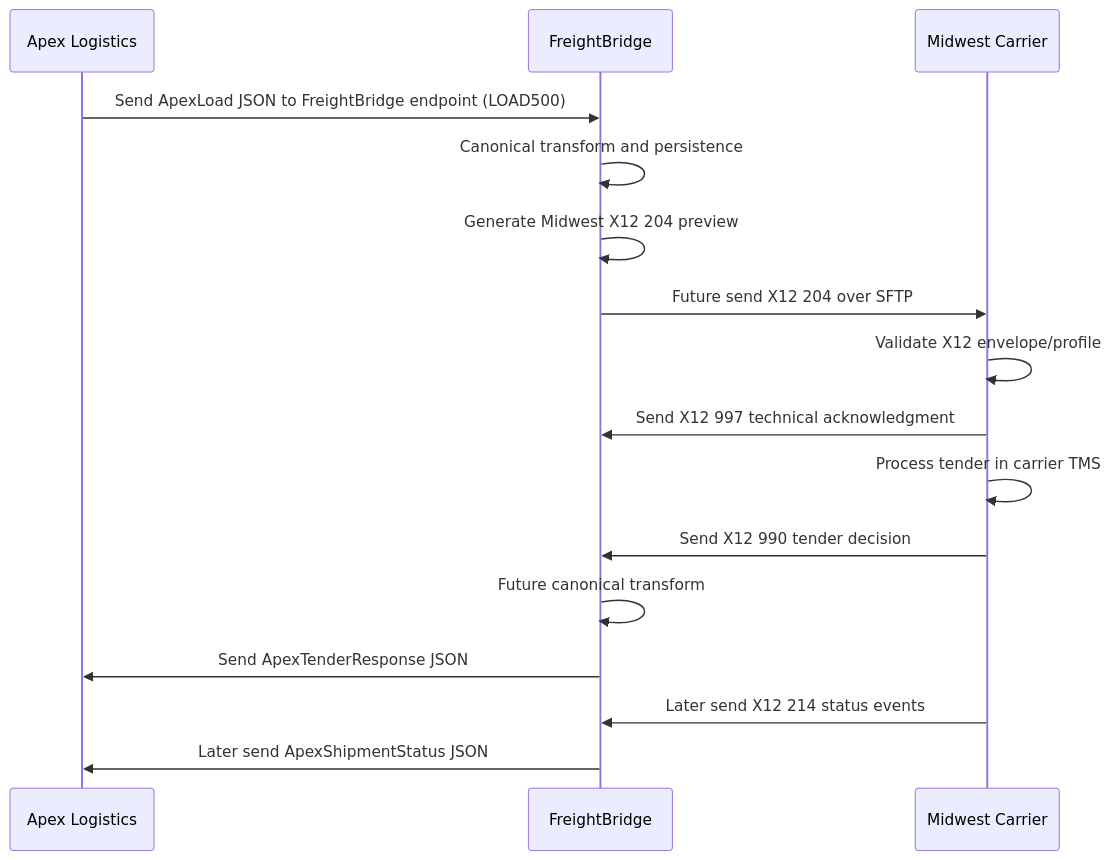
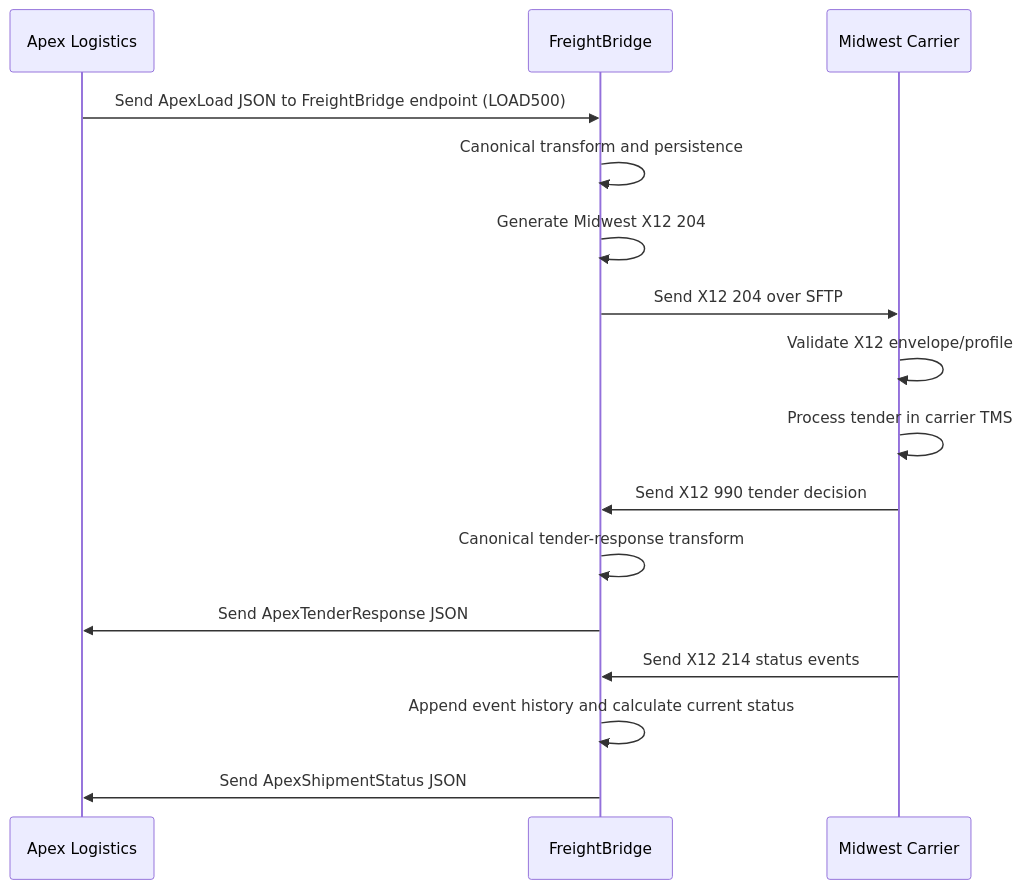
The diagram in docs/architecture/interface-control-document.md (Ryandeboss/FreightBridge), drawn with Mermaid before and after one commit. The commit also changed other lines of this file and 40 other files, not shown here.

Commit message:
Implement Midwest 214 shipment status flow

````diff
--- a/docs/architecture/interface-control-document.md
+++ b/docs/architecture/interface-control-document.md
@@ -125,19 +116,19 @@
 ```mermaid
 sequenceDiagram
   participant Apex as Apex Logistics
   participant FB as FreightBridge
   participant Midwest as Midwest Carrier
 
   Apex->>FB: Send ApexLoad JSON to FreightBridge endpoint (LOAD500)
   FB->>FB: Canonical transform and persistence
-  FB->>FB: Generate Midwest X12 204 preview
-  FB->>Midwest: Future send X12 204 over SFTP
+  FB->>FB: Generate Midwest X12 204
+  FB->>Midwest: Send X12 204 over SFTP
   Midwest->>Midwest: Validate X12 envelope/profile
-  Midwest->>FB: Send X12 997 technical acknowledgment
   Midwest->>Midwest: Process tender in carrier TMS
   Midwest->>FB: Send X12 990 tender decision
-  FB->>FB: Future canonical transform
+  FB->>FB: Canonical tender-response transform
   FB->>Apex: Send ApexTenderResponse JSON
-  Midwest->>FB: Later send X12 214 status events
-  FB->>Apex: Later send ApexShipmentStatus JSON
+  Midwest->>FB: Send X12 214 status events
+  FB->>FB: Append event history and calculate current status
+  FB->>Apex: Send ApexShipmentStatus JSON
 ```
````
